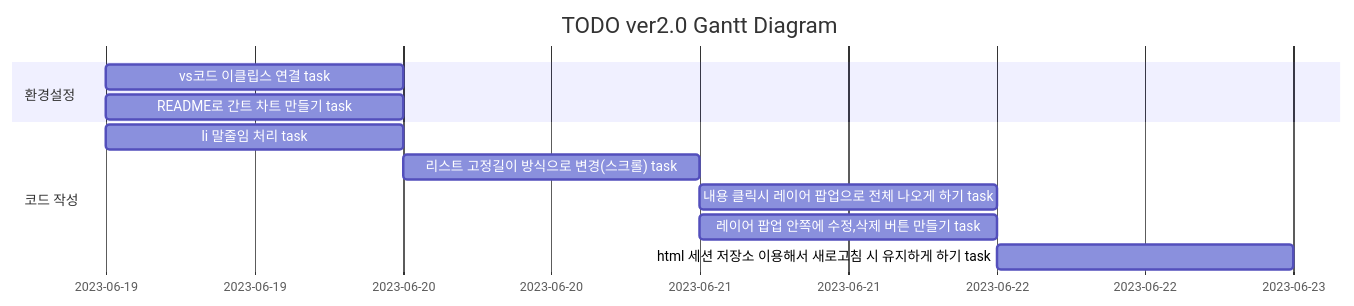
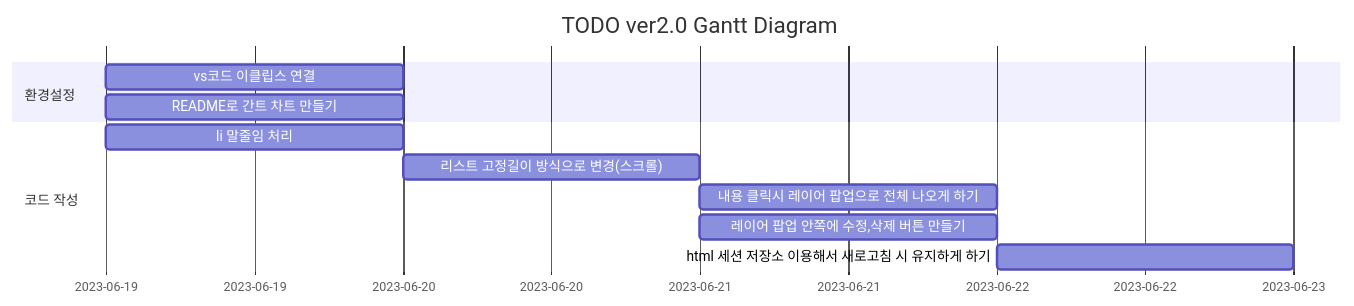
The diagram in README.md (UDONGSALI/Toy-Project), drawn with Mermaid before and after one commit.

````diff
--- a/README.md
+++ b/README.md
@@ -1,14 +1,14 @@
 ```mermaid
 gantt
     title TODO ver2.0 Gantt Diagram
     dateFormat  YYYY-MM-DD
     section 환경설정
-    vs코드 이클립스 연결 task           :2023-06-19, 1d
-    README로 간트 차트 만들기 task     :2023-06-19, 1d
+    vs코드 이클립스 연결:2023-06-19, 1d
+    README로 간트 차트 만들기:2023-06-19, 1d
     section 코드 작성
-    li 말줄임 처리 task      : 2023-06-19, 1d
-    리스트 고정길이 방식으로 변경(스크롤) task      : 2023-06-20, 1d
-    내용 클릭시 레이어 팝업으로 전체 나오게 하기 task      : 2023-06-21, 1d
-    레이어 팝업 안쪽에 수정,삭제 버튼 만들기 task      : 2023-06-21, 1d
-    html 세션 저장소 이용해서 새로고침 시 유지하게 하기 task      : 2023-06-22, 1d
+    li 말줄임 처리: 2023-06-19, 1d
+    리스트 고정길이 방식으로 변경(스크롤): 2023-06-20, 1d
+    내용 클릭시 레이어 팝업으로 전체 나오게 하기: 2023-06-21, 1d
+    레이어 팝업 안쪽에 수정,삭제 버튼 만들기: 2023-06-21, 1d
+    html 세션 저장소 이용해서 새로고침 시 유지하게 하기: 2023-06-22, 1d
 ```
````
